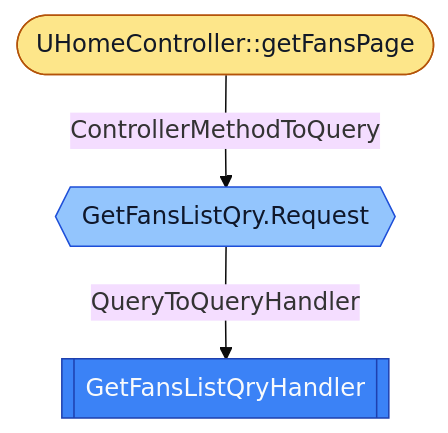
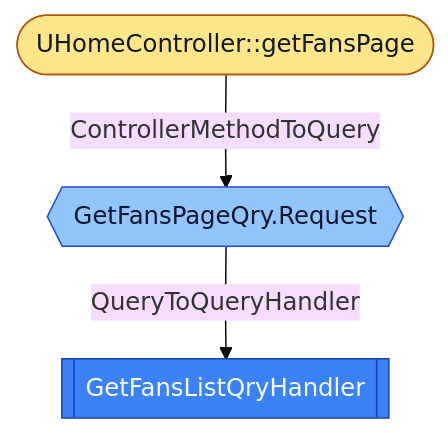
One commit to LDmoxeii/only-danmuku changed the diagram in flows/edu_only4_danmuku_adapter_portal_api_web_UHomeController_getFansPage.mmd. Above: the diagram before and after it, drawn with Mermaid (base theme). The commit also changed 113 other files, not shown here.

```diff
--- a/flows/edu_only4_danmuku_adapter_portal_api_web_UHomeController_getFansPage.mmd
+++ b/flows/edu_only4_danmuku_adapter_portal_api_web_UHomeController_getFansPage.mmd
@@ -1,12 +1,12 @@
 flowchart TD
   N1[[GetFansListQryHandler]]
   class N1 queryhandler
   N2([UHomeController::getFansPage])
   class N2 controllermethod
-  N3{{GetFansListQry.Request}}
+  N3{{GetFansPageQry.Request}}
   class N3 query
   N2 -->|ControllerMethodToQuery| N3
   N3 -->|QueryToQueryHandler| N1
   classDef controllermethod fill:#FDE68A,stroke:#B45309,color:#111827
   classDef query fill:#93C5FD,stroke:#1D4ED8,color:#0F172A
   classDef queryhandler fill:#3B82F6,stroke:#1E40AF,color:#F8FAFC
```
